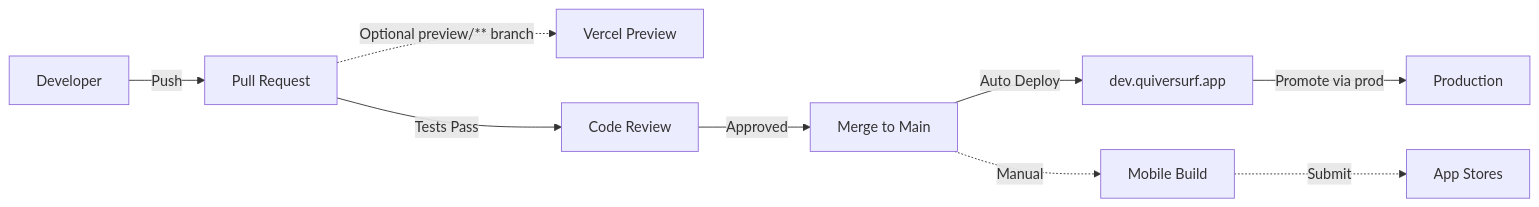
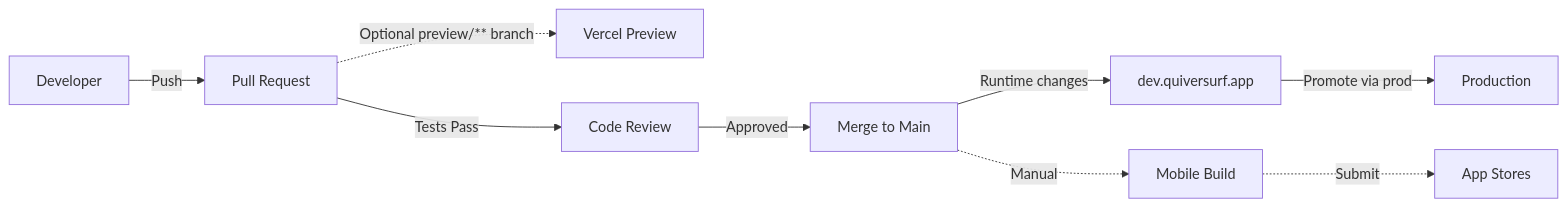
The diagram in README.md (SteveChandler/quiver), drawn with Mermaid before and after one commit. The commit also changed other lines of this file and 5 other files, not shown here.

````diff
--- a/README.md
+++ b/README.md
@@ -305,11 +306,11 @@
 ```mermaid
 graph LR
     Dev[Developer] -->|Push| PR[Pull Request]
     PR -.->|Optional preview/** branch| Preview[Vercel Preview]
     PR -->|Tests Pass| Review[Code Review]
     Review -->|Approved| Main[Merge to Main]
-    Main -->|Auto Deploy| DevPreview[dev.quiversurf.app]
+    Main -->|Runtime changes| DevPreview[dev.quiversurf.app]
     DevPreview -->|Promote via prod| Prod[Production]
     Main -.->|Manual| Mobile[Mobile Build]
     Mobile -.->|Submit| Stores[App Stores]
 ```
````
